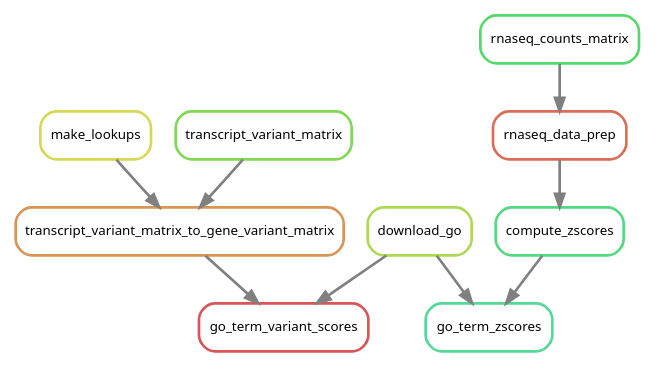
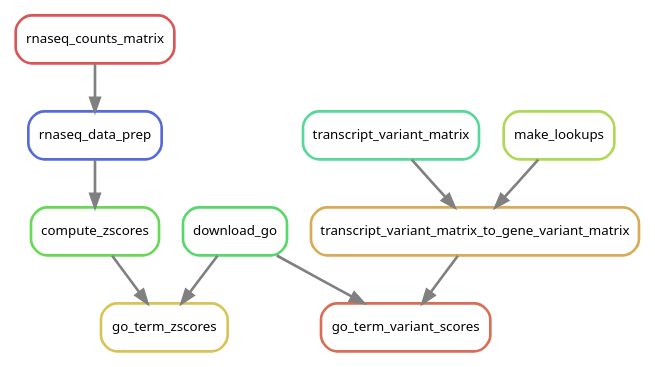
Before and after one commit to NCBI-Hackathons/Pharmacogenomics_Prediction_Pipeline_P3: the diagram in doc/source/images/go.dot, drawn with Graphviz. The commit also changed 27 other files, not shown here.

```diff
--- a/doc/source/images/go.dot
+++ b/doc/source/images/go.dot
@@ -1,22 +1,22 @@
 digraph snakemake_dag {
     graph[bgcolor=white, margin=0];
     node[shape=box, style=rounded, fontname=sans,                 fontsize=10, penwidth=2];
     edge[penwidth=2, color=grey];
-	0[label = "make_lookups", color = "0.17 0.6 0.85", style="rounded"];
-	1[label = "rnaseq_counts_matrix", color = "0.36 0.6 0.85", style="rounded"];
-	2[label = "go_term_zscores", color = "0.42 0.6 0.85", style="rounded"];
-	3[label = "transcript_variant_matrix", color = "0.28 0.6 0.85", style="rounded"];
-	4[label = "go_term_variant_scores", color = "0.00 0.6 0.85", style="rounded"];
-	5[label = "rnaseq_data_prep", color = "0.03 0.6 0.85", style="rounded"];
-	6[label = "transcript_variant_matrix_to_gene_variant_matrix", color = "0.08 0.6 0.85", style="rounded"];
-	7[label = "compute_zscores", color = "0.39 0.6 0.85", style="rounded"];
-	8[label = "download_go", color = "0.22 0.6 0.85", style="rounded"];
-	7 -> 2
-	8 -> 2
-	6 -> 4
-	8 -> 4
-	1 -> 5
-	0 -> 6
-	3 -> 6
-	5 -> 7
+	0[label = "rnaseq_counts_matrix", color = "0.00 0.6 0.85", style="rounded"];
+	1[label = "transcript_variant_matrix", color = "0.42 0.6 0.85", style="rounded"];
+	2[label = "make_lookups", color = "0.22 0.6 0.85", style="rounded"];
+	3[label = "compute_zscores", color = "0.31 0.6 0.85", style="rounded"];
+	4[label = "rnaseq_data_prep", color = "0.64 0.6 0.85", style="rounded"];
+	5[label = "go_term_zscores", color = "0.14 0.6 0.85", style="rounded"];
+	6[label = "go_term_variant_scores", color = "0.03 0.6 0.85", style="rounded"];
+	7[label = "transcript_variant_matrix_to_gene_variant_matrix", color = "0.11 0.6 0.85", style="rounded"];
+	8[label = "download_go", color = "0.36 0.6 0.85", style="rounded"];
+	4 -> 3
+	0 -> 4
+	8 -> 5
+	3 -> 5
+	7 -> 6
+	8 -> 6
+	1 -> 7
+	2 -> 7
 }            
```
